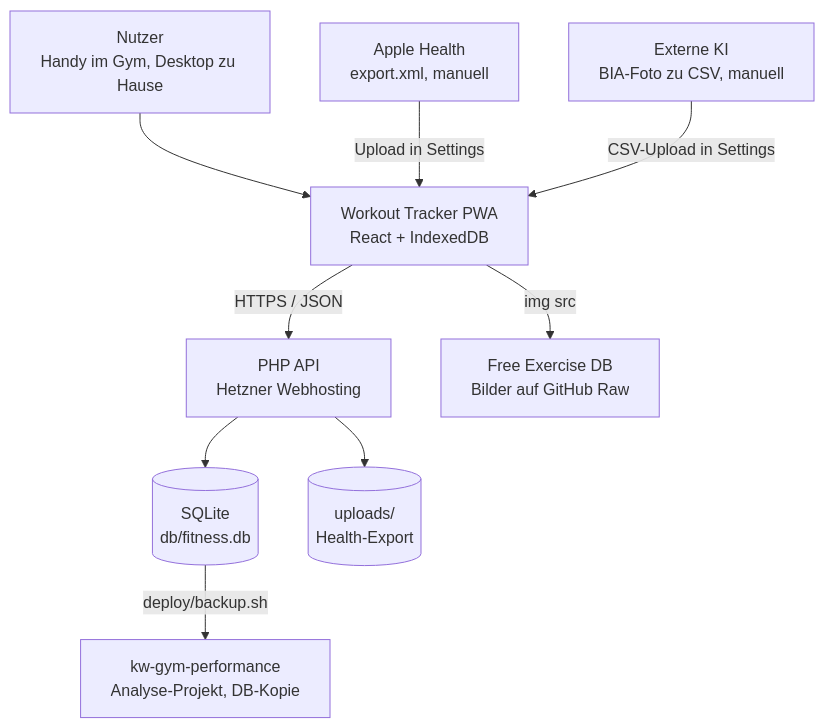
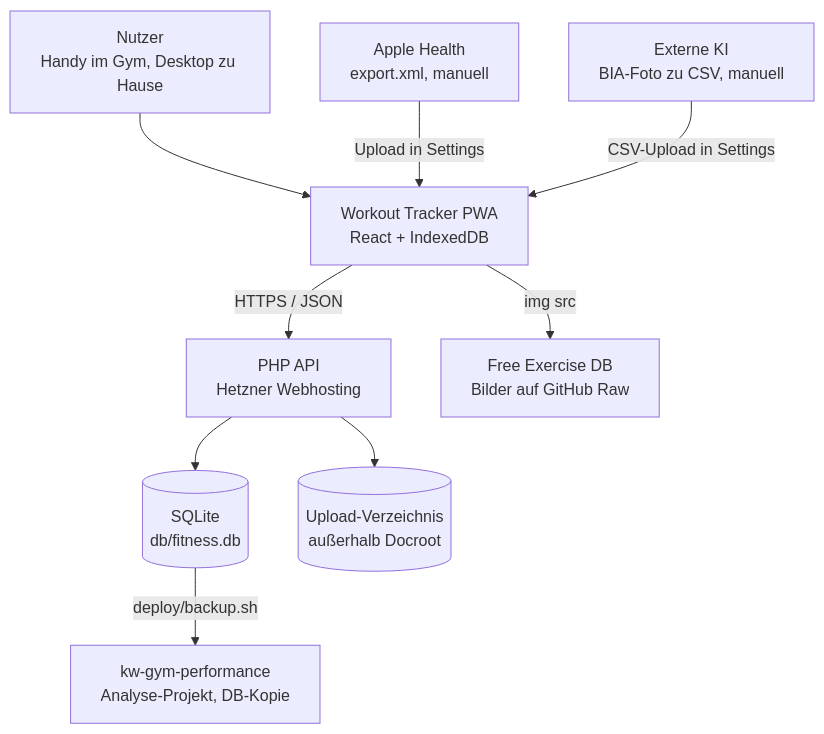
Before and after one commit to kaywiegand/gym-tracker-app: the diagram in docs/architecture/01-overview.md, drawn with Mermaid. The commit also changed 23 other files, not shown here.

First line of the commit message:
fix: private uploads outside the docroot, served through PHP with login (R-05)

````diff
--- a/docs/architecture/01-overview.md
+++ b/docs/architecture/01-overview.md
@@ -34,21 +34,21 @@
 ```mermaid
 flowchart TD
     user["Nutzer<br/>Handy im Gym, Desktop zu Hause"]
     app["Workout Tracker PWA<br/>React + IndexedDB"]
     api["PHP API<br/>Hetzner Webhosting"]
     db[("SQLite<br/>db/fitness.db")]
-    up[("uploads/<br/>Health-Export")]
+    up[("Upload-Verzeichnis<br/>außerhalb Docroot")]
     fedb["Free Exercise DB<br/>Bilder auf GitHub Raw"]
     health["Apple Health<br/>export.xml, manuell"]
     ai["Externe KI<br/>BIA-Foto zu CSV, manuell"]
     analysis["kw-gym-performance<br/>Analyse-Projekt, DB-Kopie"]
 
     user --> app
     app -- "HTTPS / JSON" --> api
     api --> db
     api --> up
     app -- "img src" --> fedb
     health -- "Upload in Settings" --> app
     ai -- "CSV-Upload in Settings" --> app
     db -- "deploy/backup.sh" --> analysis
 ```
````
